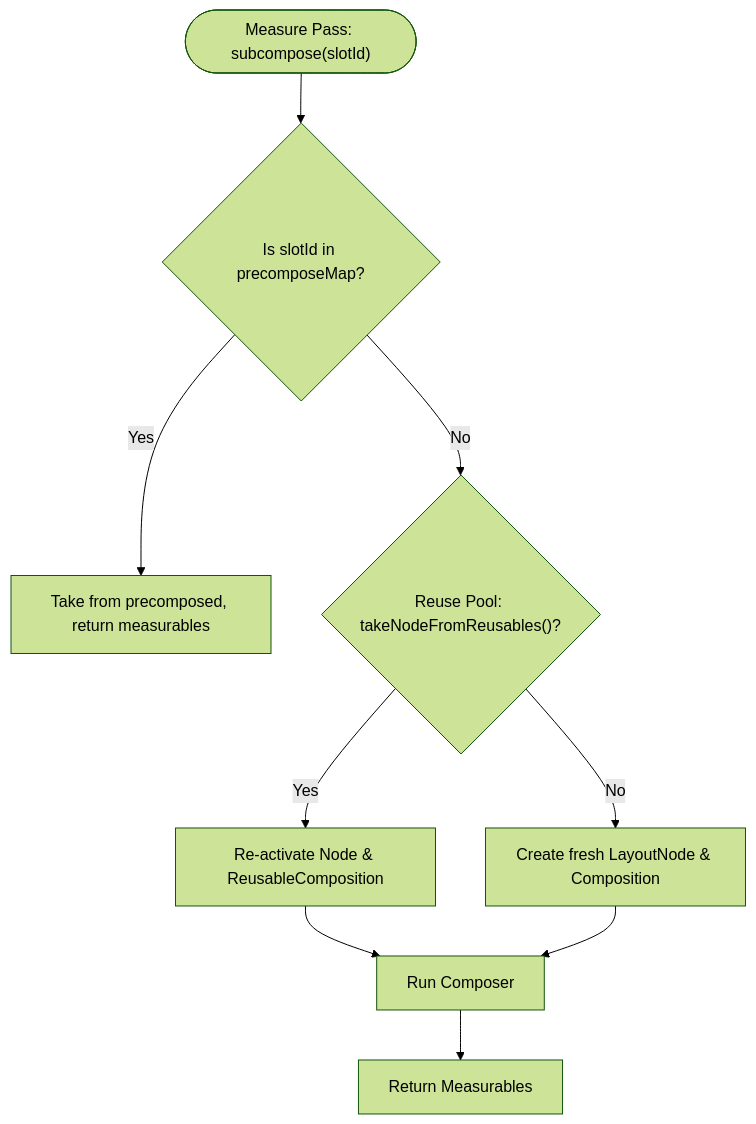
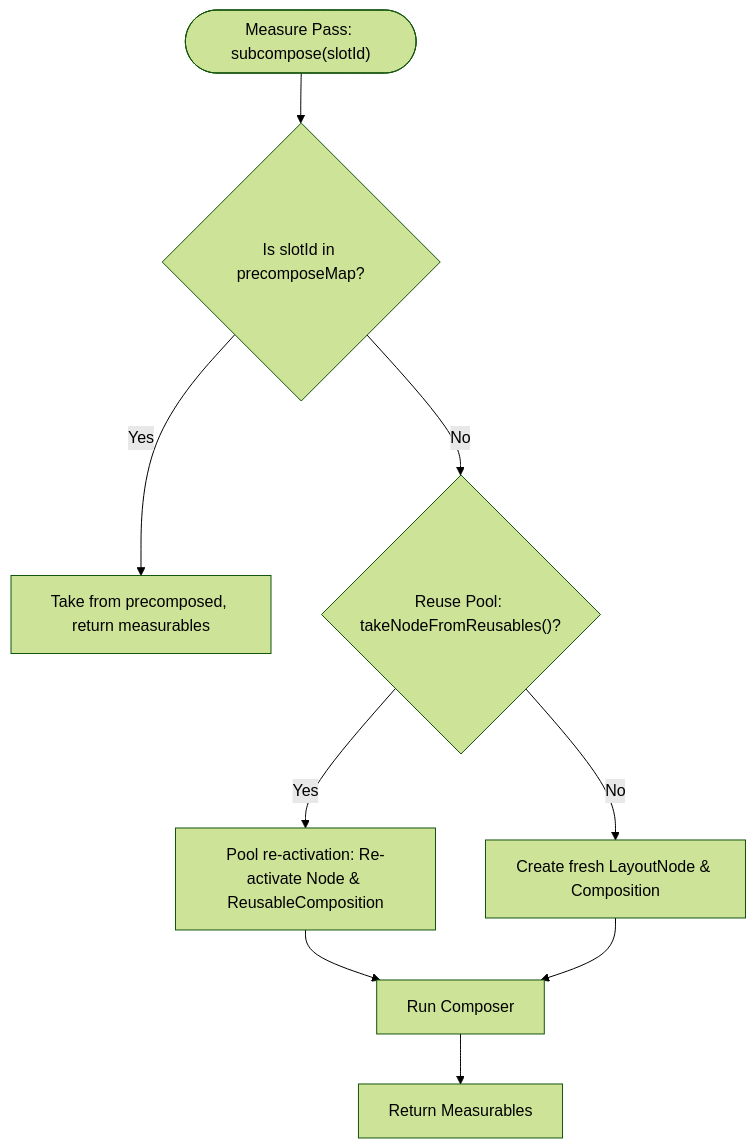
The third of 3 diagrams in src/data/blog/inside-subcomposelayout-jetpack-composes-most-misunderstood-api.md (PatilShreyas/blog.shreyaspatil.dev), drawn with Mermaid (forest theme) before and after one commit. The commit also changed other lines of this file, not shown here.

Commit message:
fix(blog): address PR review comments for SubcomposeLayout post (diagrams and title)

````diff
--- a/src/data/blog/inside-subcomposelayout-jetpack-composes-most-misunderstood-api.md
+++ b/src/data/blog/inside-subcomposelayout-jetpack-composes-most-misunderstood-api.md
@@ -260,11 +281,11 @@
 ```mermaid
 flowchart TD
     A(["Measure Pass: subcompose(slotId)"]) --> B{"Is slotId in precomposeMap?"}
     B -->|Yes| C["Take from precomposed, return measurables"]
     B -->|No| D{"Reuse Pool: takeNodeFromReusables()?"}
-    D -->|Yes| E["Re-activate Node & ReusableComposition"]
+    D -->|Yes| E["Pool re-activation: Re-activate Node & ReusableComposition"]
     D -->|No| F["Create fresh LayoutNode & Composition"]
     E --> G["Run Composer"]
     F --> G
     G --> H["Return Measurables"]
 ```
````
